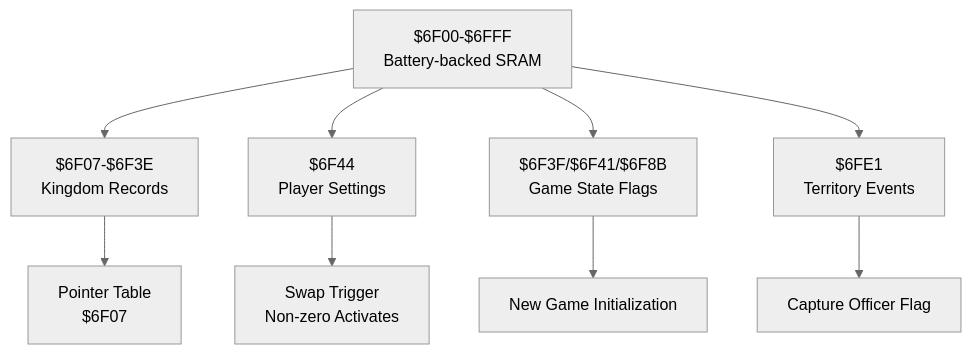
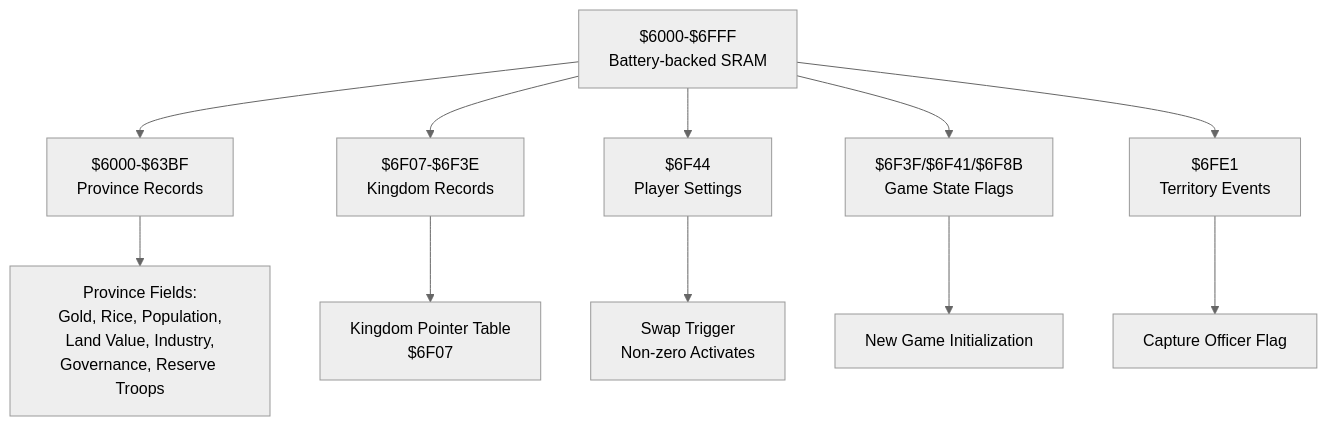
Before and after one commit to rabbyzero/sango2dasm: the seventh of 15 diagrams in .qoder/repowiki/en/content/Data Access and Memory Management/Data Access and Memory Management.md, drawn with Mermaid (neutral theme). The commit also changed other lines of this file and 7 other files, not shown here.

````diff
--- a/.qoder/repowiki/en/content/Data Access and Memory Management/Data Access and Memory Management.md
+++ b/.qoder/repowiki/en/content/Data Access and Memory Management/Data Access and Memory Management.md
@@ -425,11 +462,13 @@
 ```mermaid
 flowchart TD
-SRAMRegion["$6F00-$6FFF<br/>Battery-backed SRAM"] --> KingdomData["$6F07-$6F3E<br/>Kingdom Records"]
+SRAMRegion["$6000-$6FFF<br/>Battery-backed SRAM"] --> ProvinceRecords["$6000-$63BF<br/>Province Records"]
+SRAMRegion --> KingdomData["$6F07-$6F3E<br/>Kingdom Records"]
 SRAMRegion --> PlayerSettings["$6F44<br/>Player Settings"]
 SRAMRegion --> GameState["$6F3F/$6F41/$6F8B<br/>Game State Flags"]
 SRAMRegion --> TerritoryEvents["$6FE1<br/>Territory Events"]
-KingdomData --> PointerTable["Pointer Table<br/>$6F07"]
+ProvinceRecords --> ProvinceFields["Province Fields:<br/>Gold, Rice, Population,<br/>Land Value, Industry,<br/>Governance, Reserve Troops"]
+KingdomData --> PointerTable["Kingdom Pointer Table<br/>$6F07"]
 PlayerSettings --> SwapTrigger["Swap Trigger<br/>Non-zero Activates"]
 GameState --> NewGameInit["New Game Initialization"]
 TerritoryEvents --> CaptureFlag["Capture Officer Flag"]
 ```
````
